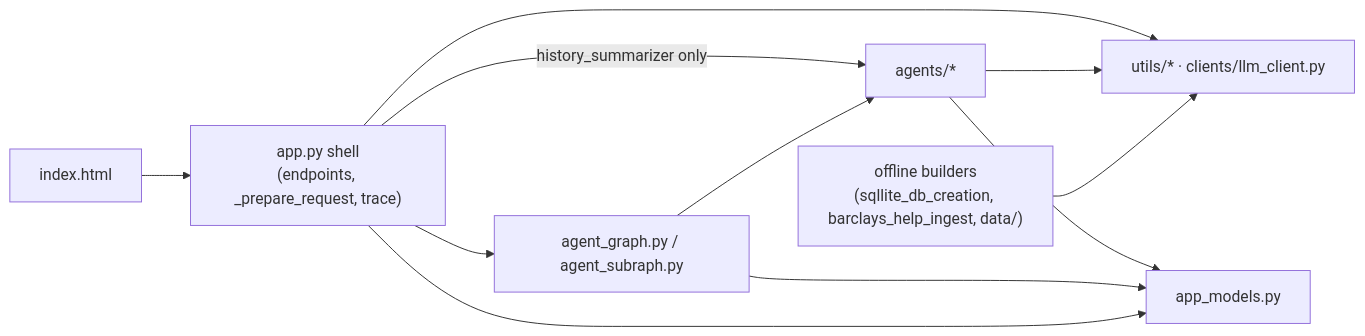
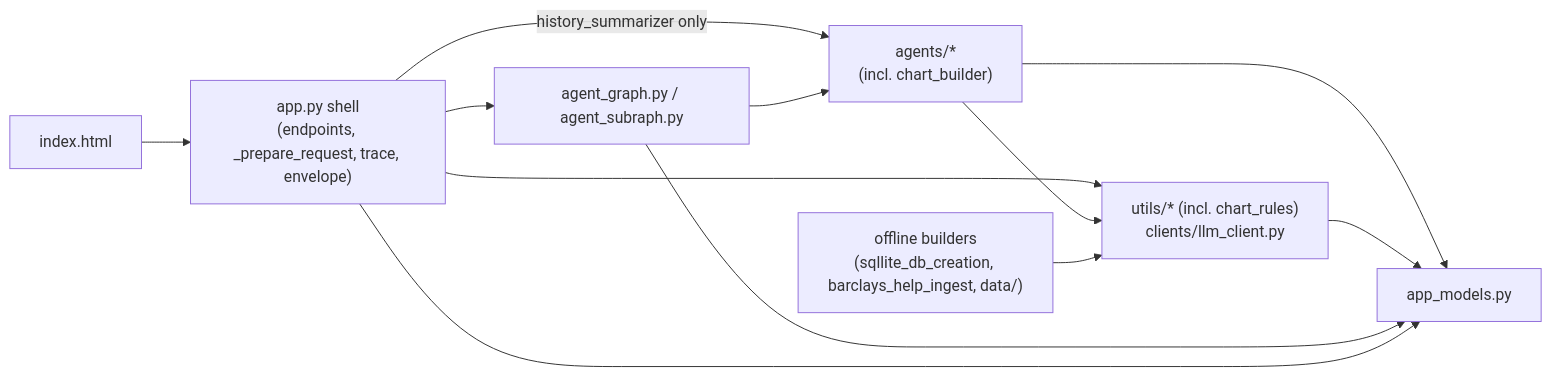
One commit to AbhishekLohit/Agentic_BChabot changed the first of 5 diagrams in _bmad-output/planning-artifacts/architecture/architecture-Agentic_BChatbot-2026-11-22/ARCHITECTURE-SPINE.md. Above: the diagram before and after it, drawn with Mermaid. The commit also changed other lines of this file and 8 other files, not shown here.

First line of the commit message:
Extend architecture spine for Transaction Charts with BMAD

````diff
--- a/_bmad-output/planning-artifacts/architecture/architecture-Agentic_BChatbot-2026-11-22/ARCHITECTURE-SPINE.md
+++ b/_bmad-output/planning-artifacts/architecture/architecture-Agentic_BChatbot-2026-11-22/ARCHITECTURE-SPINE.md
@@ -33,13 +34,14 @@
 ```mermaid
 flowchart LR
-    UI["index.html"] --> SHELL["app.py shell<br/>(endpoints, _prepare_request, trace)"]
+    UI["index.html"] --> SHELL["app.py shell<br/>(endpoints, _prepare_request, trace, envelope)"]
     SHELL --> GRAPH["agent_graph.py / agent_subraph.py"]
     SHELL -->|history_summarizer only| AGENTS
-    GRAPH --> AGENTS["agents/*"]
-    SHELL --> UTILS["utils/* · clients/llm_client.py"]
+    GRAPH --> AGENTS["agents/*<br/>(incl. chart_builder)"]
+    SHELL --> UTILS["utils/* (incl. chart_rules)<br/>clients/llm_client.py"]
     AGENTS --> UTILS
     AGENTS --> MODELS["app_models.py"]
+    UTILS --> MODELS
     GRAPH --> MODELS
     SHELL --> MODELS
     OFFLINE["offline builders<br/>(sqllite_db_creation, barclays_help_ingest, data/)"] --> UTILS
 ```
````
